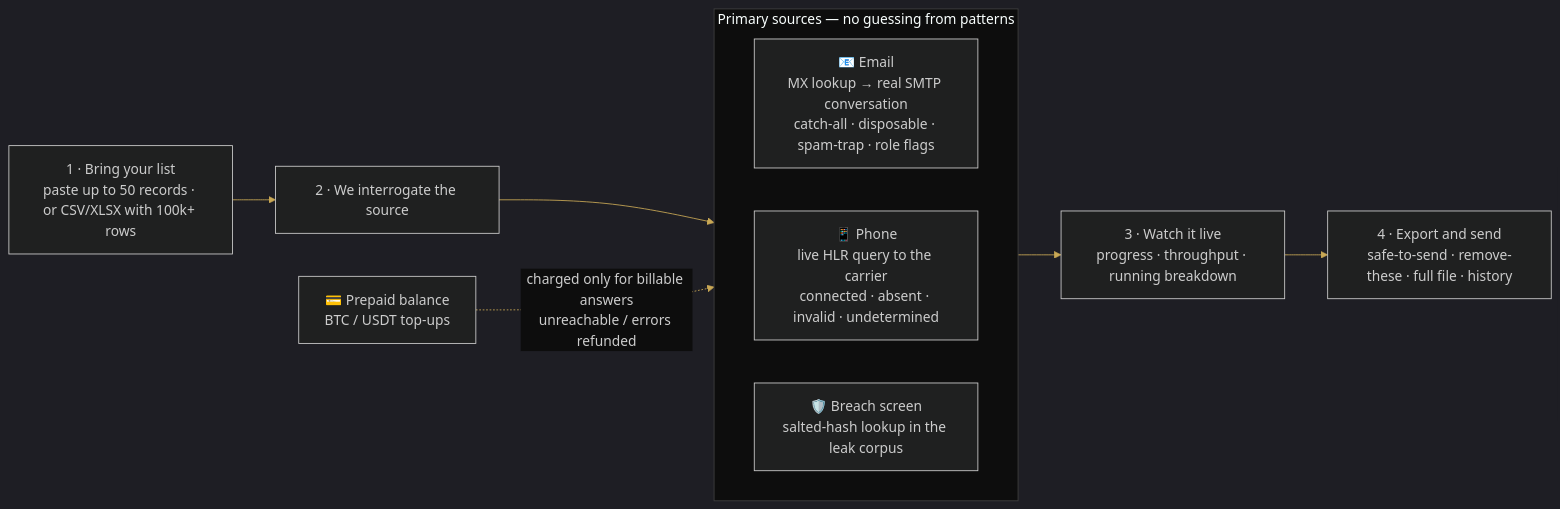
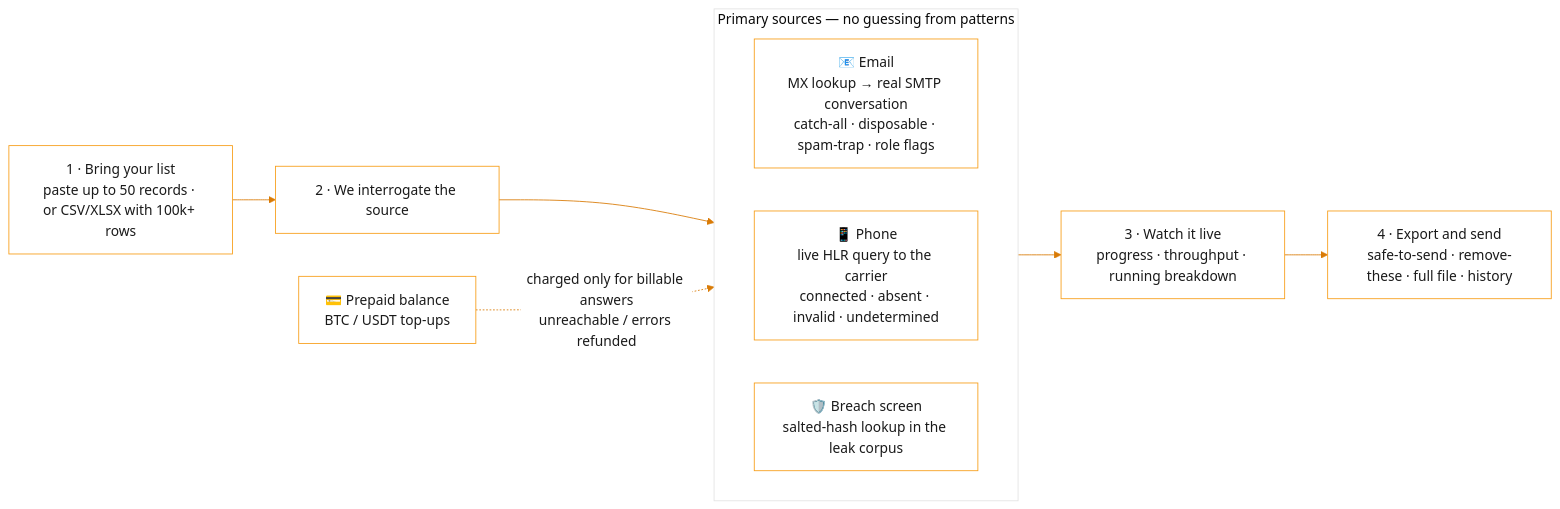
One commit to deepdrogo/verifhub-ai changed the diagram in README.md. Above: the diagram before and after it, drawn with Mermaid. The commit also changed other lines of this file and 9 other files, not shown here.

````diff
--- a/README.md
+++ b/README.md
@@ -174,14 +174,14 @@
 ```mermaid
-%%{init: {'theme': 'dark', 'themeVariables': { 'primaryColor': '#1a1a1a', 'primaryTextColor': '#ffffff', 'primaryBorderColor': '#c9a855', 'lineColor': '#c9a855', 'secondaryColor': '#0d0d0d', 'tertiaryColor': '#0d0d0d', 'clusterBkg': '#0d0d0d', 'clusterBorder': '#404040', 'edgeLabelBackground': '#0d0d0d', 'fontFamily': 'Inter, Segoe UI, sans-serif' } } }%%
+%%{init: {'theme': 'base', 'themeVariables': { 'background': '#F7F7F7', 'primaryColor': '#FFFFFF', 'primaryTextColor': '#1A1A1A', 'primaryBorderColor': '#F79E19', 'lineColor': '#D97B06', 'secondaryColor': '#FFF4E0', 'tertiaryColor': '#F7F7F7', 'clusterBkg': '#FFFFFF', 'clusterBorder': '#E3E3E3', 'edgeLabelBackground': '#FFFFFF', 'textColor': '#1A1A1A', 'fontFamily': 'Inter, Segoe UI, sans-serif' } } }%%
 flowchart LR
     A["1 · Bring your list<br/>paste up to 50 records · or CSV/XLSX with 100k+ rows"] --> B["2 · We interrogate the source"]
     subgraph SRC["Primary sources — no guessing from patterns"]
         direction LR
         E["📧 Email<br/>MX lookup → real SMTP conversation<br/>catch-all · disposable · spam-trap · role flags"]
         P["📱 Phone<br/>live HLR query to the carrier<br/>connected · absent · invalid · undetermined"]
         L["🛡️ Breach screen<br/>salted-hash lookup in the leak corpus"]
     end
     B --> SRC --> C["3 · Watch it live<br/>progress · throughput · running breakdown"]
     C --> D["4 · Export and send<br/>safe-to-send · remove-these · full file · history"]
     W["💳 Prepaid balance<br/>BTC / USDT top-ups"] -. "charged only for billable answers<br/>unreachable / errors refunded" .-> SRC
 ```
````
